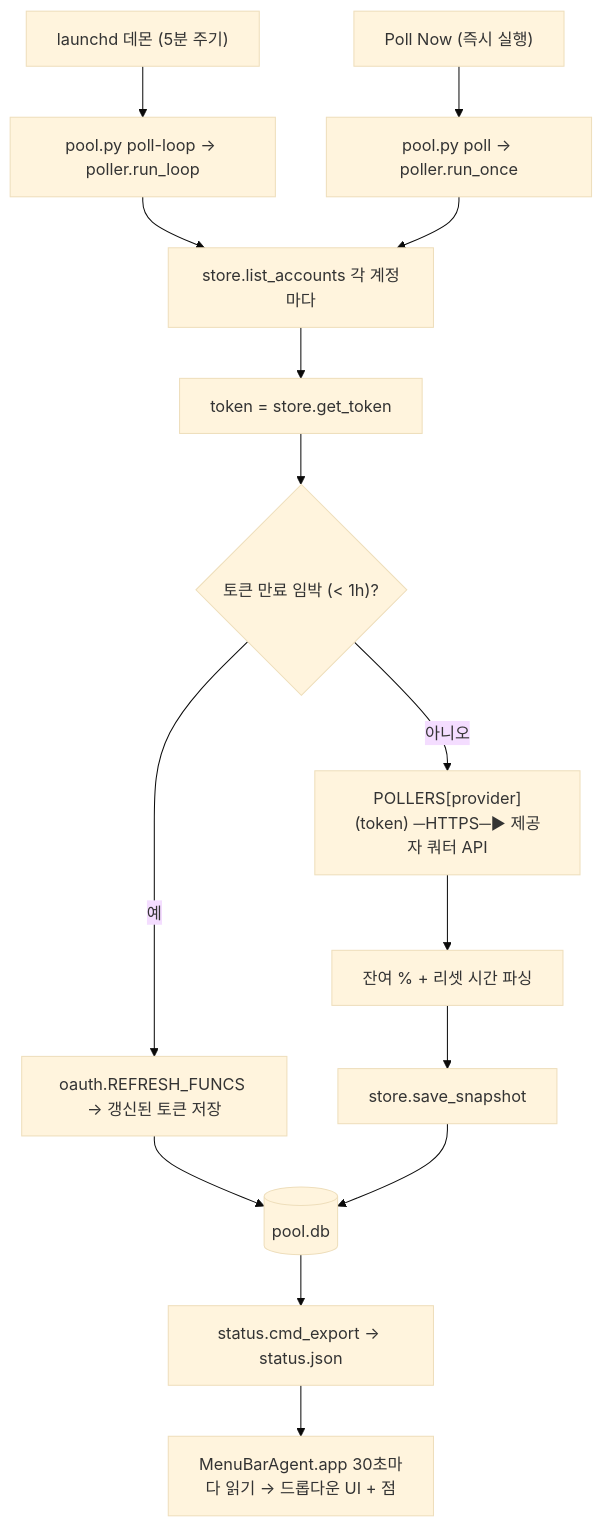
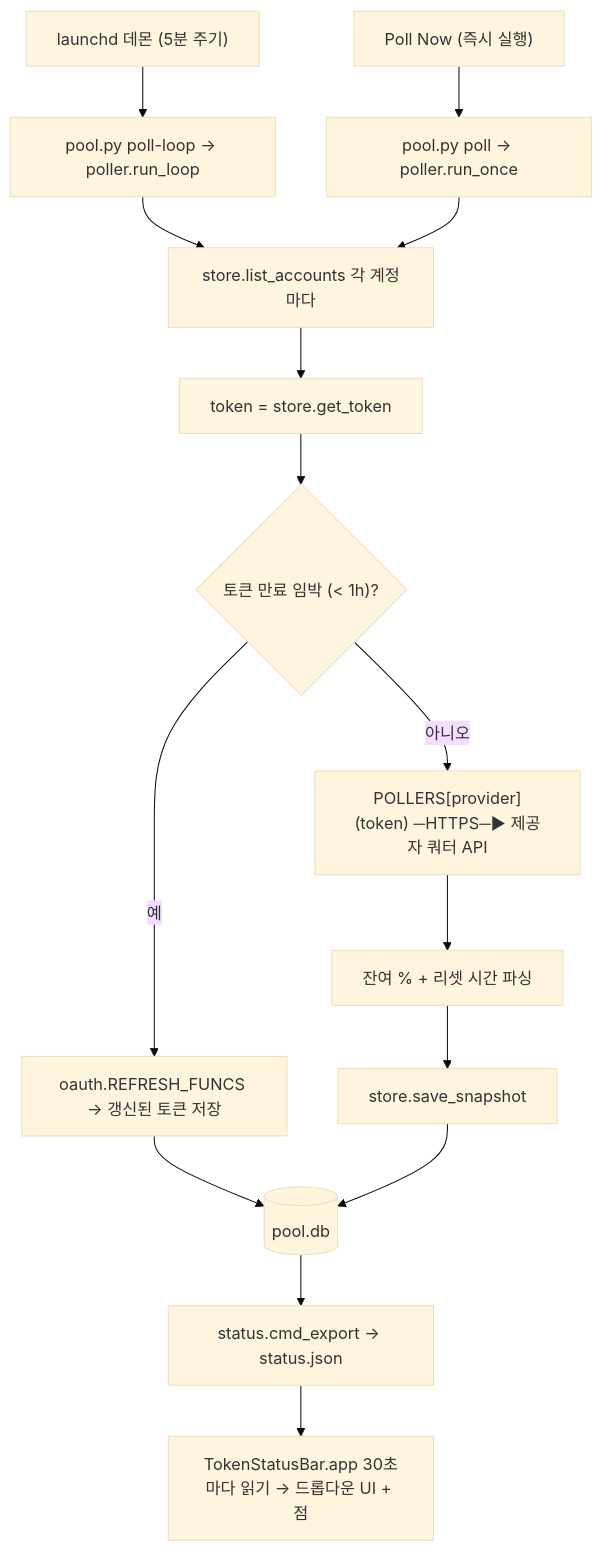
Before and after one commit to bytonylee/token-status-bar: the third of 3 diagrams in README.ko.md, drawn with Mermaid (base theme). The commit also changed other lines of this file and 20 other files, not shown here.

````diff
--- a/README.ko.md
+++ b/README.ko.md
@@ -134,17 +134,17 @@
 ```mermaid
 flowchart TD
     A["launchd 데몬 (5분 주기)"] --> B[pool.py poll-loop → poller.run_loop]
     C["Poll Now (즉시 실행)"] --> D[pool.py poll → poller.run_once]
     B --> E[store.list_accounts 각 계정마다]
     D --> E
     E --> F[token = store.get_token]
     F --> G{"토큰 만료 임박 (< 1h)?"}
     G -->|예| H["oauth.REFRESH_FUNCS → 갱신된 토큰 저장"]
     H --> I[(pool.db)]
     G -->|아니오| J["POLLERS[provider](token) ─HTTPS─► 제공자 쿼터 API"]
     J --> K["잔여 % + 리셋 시간 파싱"]
     K --> L[store.save_snapshot]
     L --> I
     I --> M[status.cmd_export → status.json]
-    M --> N["MenuBarAgent.app 30초마다 읽기 → 드롭다운 UI + 점"]
+    M --> N["TokenStatusBar.app 30초마다 읽기 → 드롭다운 UI + 점"]
 ```
````
